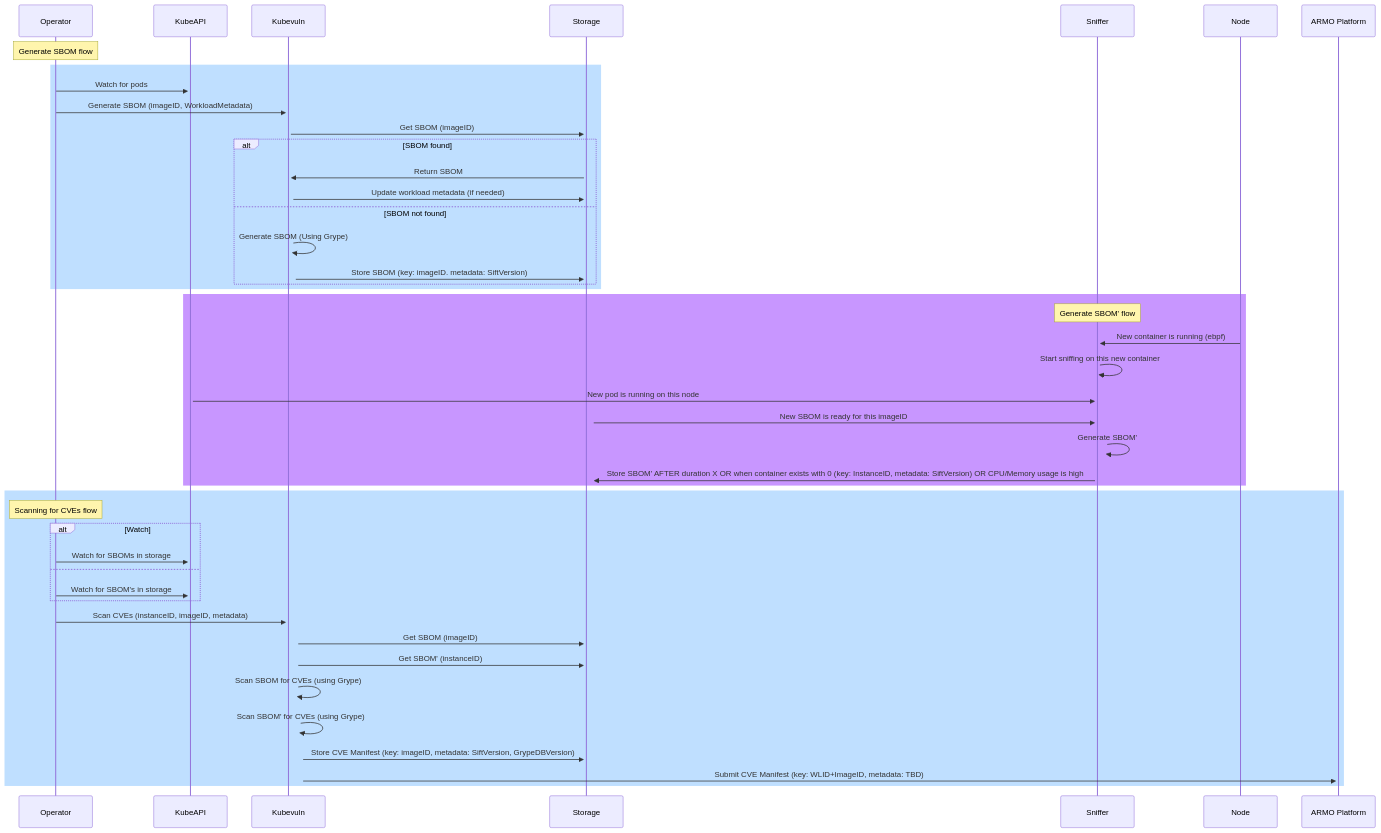
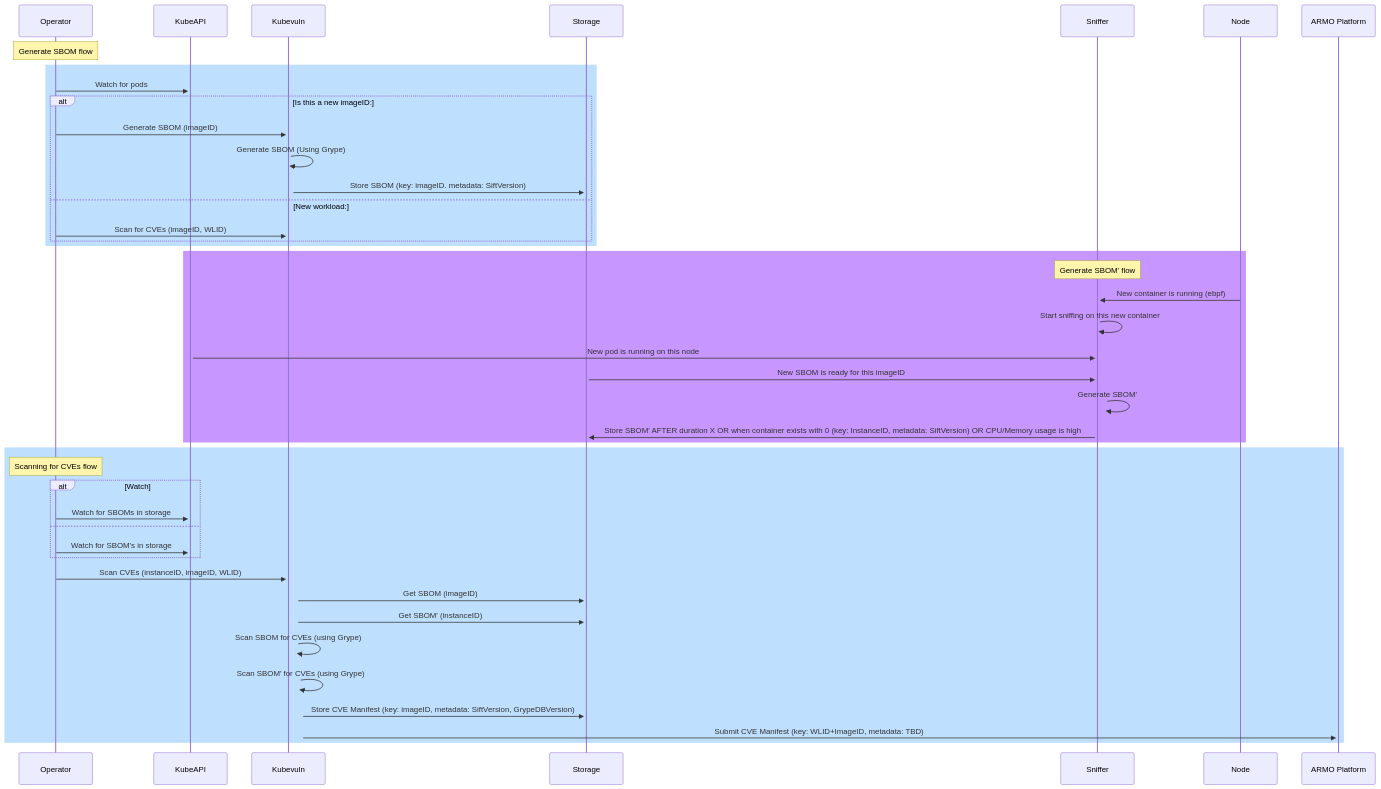
Before and after one commit to dwertent/helm-charts: the third of 5 diagrams in charts/kubescape-cloud-operator/docs/relevancy-flow.md, drawn with Mermaid.

Commit message:
update flow

````diff
--- a/charts/kubescape-cloud-operator/docs/relevancy-flow.md
+++ b/charts/kubescape-cloud-operator/docs/relevancy-flow.md
@@ -59,43 +59,41 @@
 ```mermaid
 sequenceDiagram
     Note over Operator: Generate SBOM flow 
     rect rgb(191, 223, 255)
     # Generating SBOM API
     Operator ->>+ KubeAPI: Watch for pods
-    Operator ->>+ Kubevuln: Generate SBOM (imageID, WorkloadMetadata)
-    Kubevuln ->>+ Storage: Get SBOM (imageID)
-    alt SBOM found
-        Storage ->>+ Kubevuln: Return SBOM 
-        Kubevuln ->>+ Storage: Update workload metadata (if needed) 
-    else SBOM not found
+    alt Is this a new imageID:
+        Operator ->>+ Kubevuln: Generate SBOM (imageID)
         Kubevuln ->>+ Kubevuln: Generate SBOM (Using Grype)
         Kubevuln ->>+ Storage: Store SBOM (key: imageID. metadata: SiftVersion)
+    else New workload:
+        Operator ->>+ Kubevuln: Scan for CVEs (imageID, WLID)
     end
     end
 
     rect rgb(200, 150, 255)
     Note over Sniffer: Generate SBOM' flow 
     Node ->>+ Sniffer: New container is running (ebpf)
     Sniffer ->>+ Sniffer: Start sniffing on this new container
     KubeAPI ->>+ Sniffer: New pod is running on this node
     Storage ->>+ Sniffer: New SBOM is ready for this imageID
     Sniffer ->> Sniffer: Generate SBOM'
     Sniffer ->> Storage: Store SBOM' AFTER duration X OR when container exists with 0 (key: InstanceID, metadata: SiftVersion) OR CPU/Memory usage is high  
     end
 
     rect rgb(191, 223, 255)
     Note over Operator: Scanning for CVEs flow 
     alt Watch
         Operator ->>+ KubeAPI: Watch for SBOMs in storage
     else
         Operator ->>+ KubeAPI: Watch for SBOM's in storage
     end
-    Operator ->>+ Kubevuln: Scan CVEs (instanceID, imageID, metadata)
+    Operator ->>+ Kubevuln: Scan CVEs (instanceID, imageID, WLID)
     Kubevuln ->>+ Storage: Get SBOM (imageID)
     Kubevuln ->>+ Storage: Get SBOM' (instanceID)
     Kubevuln ->>+ Kubevuln: Scan SBOM for CVEs (using Grype)
     Kubevuln ->>+ Kubevuln: Scan SBOM' for CVEs (using Grype)
     Kubevuln ->>+ Storage: Store CVE Manifest (key: imageID, metadata: SiftVersion, GrypeDBVersion)
     Kubevuln ->>+ ARMO Platform: Submit CVE Manifest (key: WLID+ImageID, metadata: TBD)
     end
 ```
````
